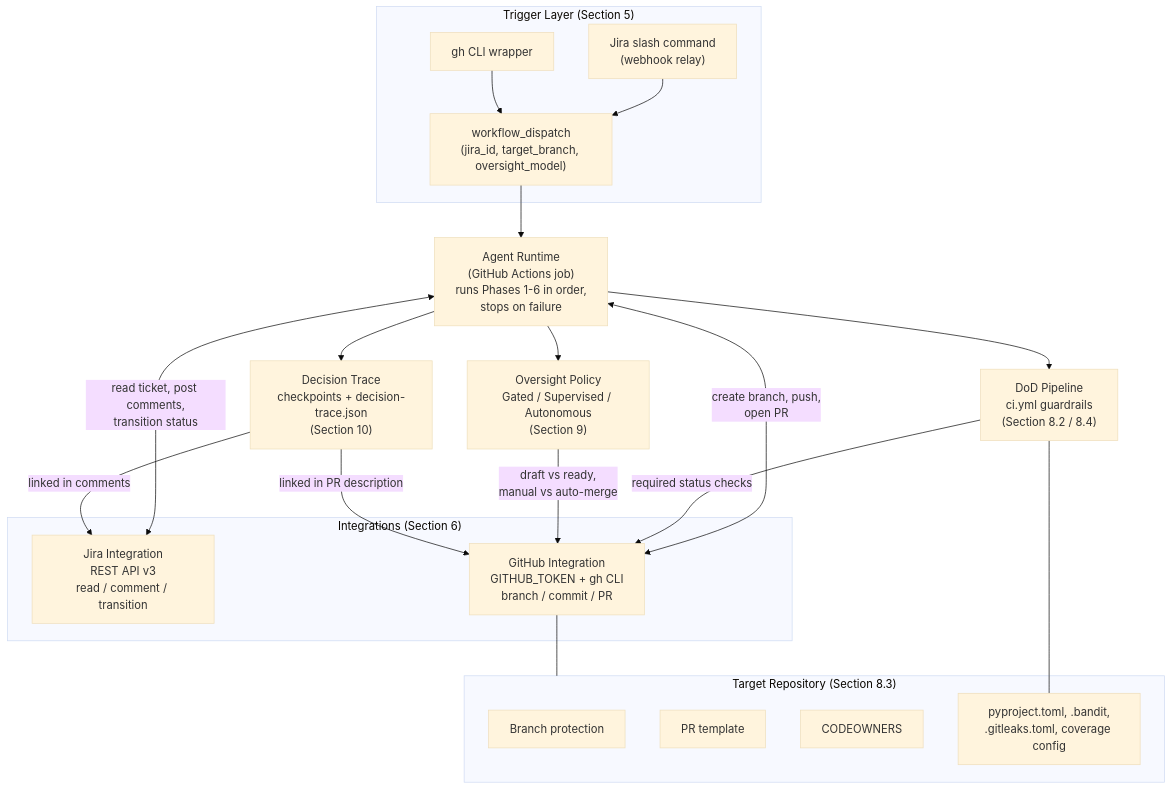
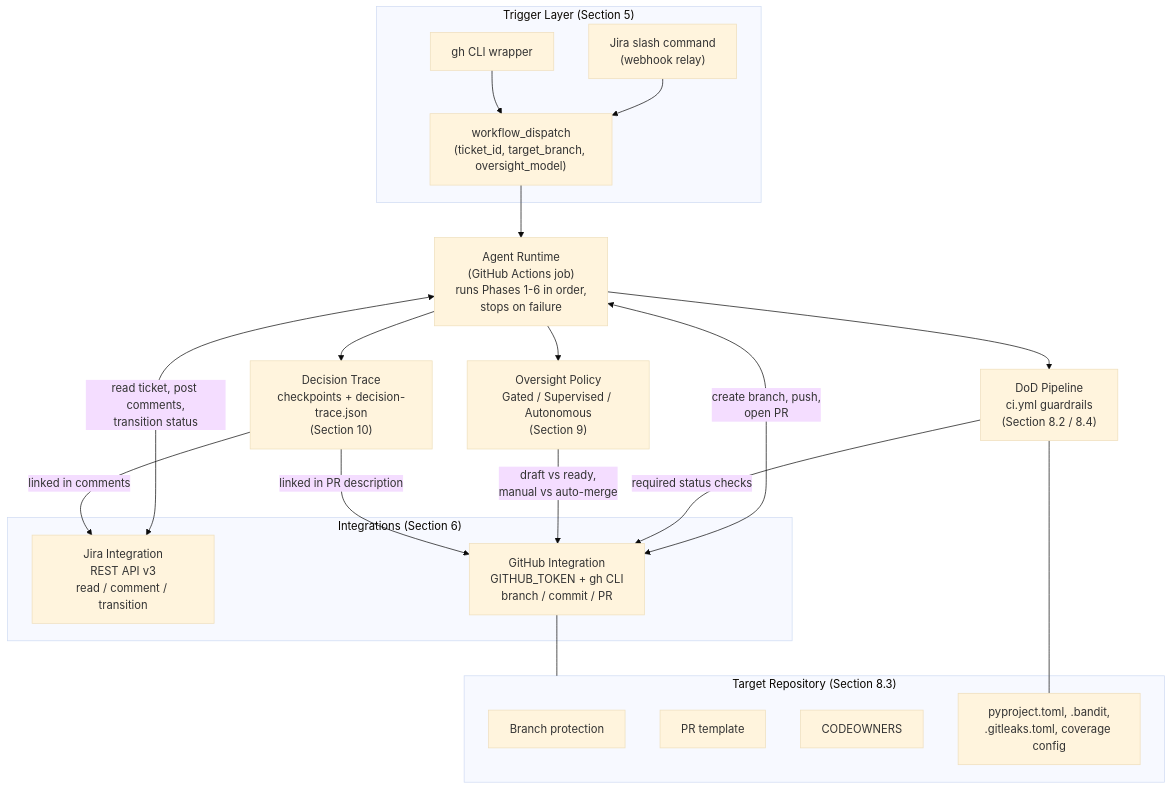
Before and after one commit to surekha-mandadi/my-sde1-agent: the diagram in docs/sde1-agent-design.md, drawn with Mermaid (base theme). The commit also changed other lines of this file and 6 other files, not shown here.

````diff
--- a/docs/sde1-agent-design.md
+++ b/docs/sde1-agent-design.md
@@ -68,41 +70,41 @@
 ```mermaid
 flowchart TD
     subgraph TRIGGER["Trigger Layer (Section 5)"]
-        WD["workflow_dispatch<br/>(jira_id, target_branch, oversight_model)"]
+        WD["workflow_dispatch<br/>(ticket_id, target_branch, oversight_model)"]
         SLASH["Jira slash command<br/>(webhook relay)"]
         CLI["gh CLI wrapper"]
     end
 
     SLASH --> WD
     CLI --> WD
     WD --> RUNTIME
 
     RUNTIME["Agent Runtime<br/>(GitHub Actions job)<br/>runs Phases 1-6 in order,<br/>stops on failure"]
 
     subgraph INTEGRATIONS["Integrations (Section 6)"]
         JIRA["Jira Integration<br/>REST API v3<br/>read / comment / transition"]
         GH["GitHub Integration<br/>GITHUB_TOKEN + gh CLI<br/>branch / commit / PR"]
     end
 
     RUNTIME <-->|read ticket, post comments,<br/>transition status| JIRA
     RUNTIME <-->|create branch, push,<br/>open PR| GH
 
     RUNTIME --> DOD["DoD Pipeline<br/>ci.yml guardrails<br/>(Section 8.2 / 8.4)"]
     RUNTIME --> OVERSIGHT["Oversight Policy<br/>Gated / Supervised / Autonomous<br/>(Section 9)"]
     RUNTIME --> TRACE["Decision Trace<br/>checkpoints + decision-trace.json<br/>(Section 10)"]
 
     DOD -->|required status checks| GH
     OVERSIGHT -->|draft vs ready,<br/>manual vs auto-merge| GH
     TRACE -->|linked in PR description| GH
     TRACE -->|linked in comments| JIRA
 
     subgraph REPO["Target Repository (Section 8.3)"]
         BP["Branch protection"]
         PRT["PR template"]
         CO["CODEOWNERS"]
         CFG["pyproject.toml, .bandit,<br/>.gitleaks.toml, coverage config"]
     end
 
     GH --- REPO
     DOD --- CFG
 ```
````
